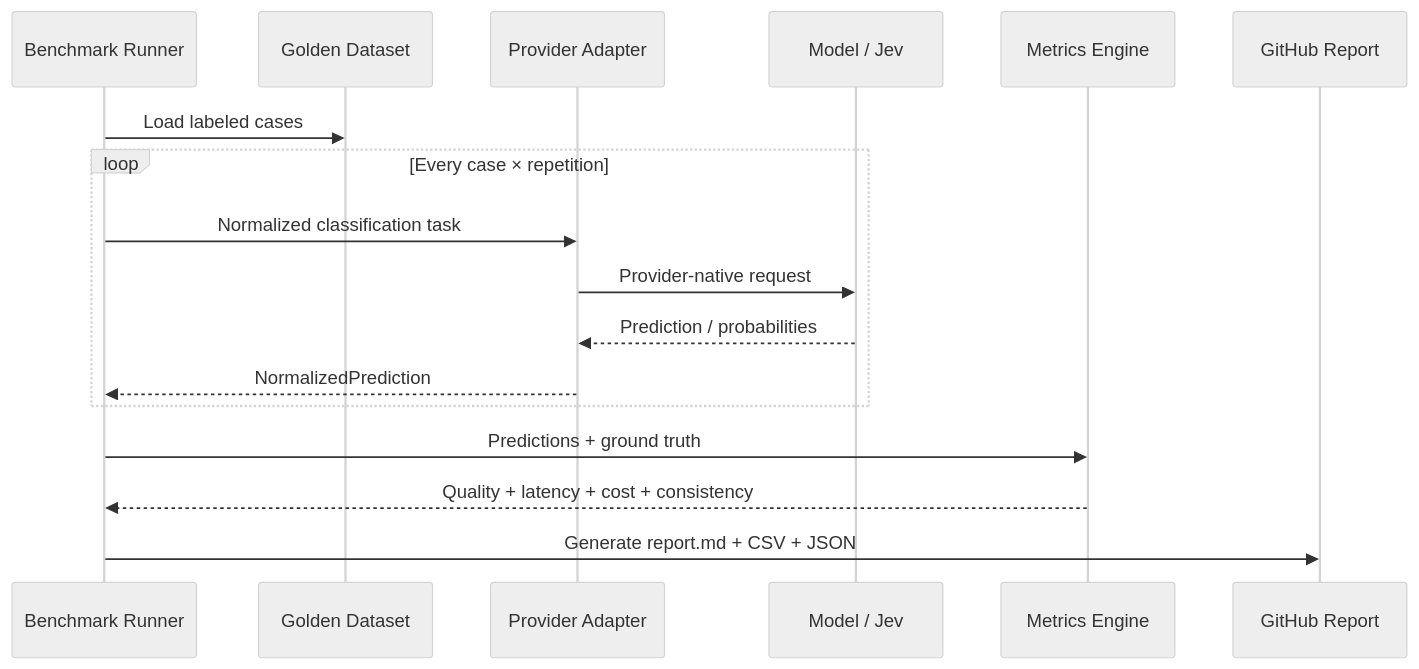
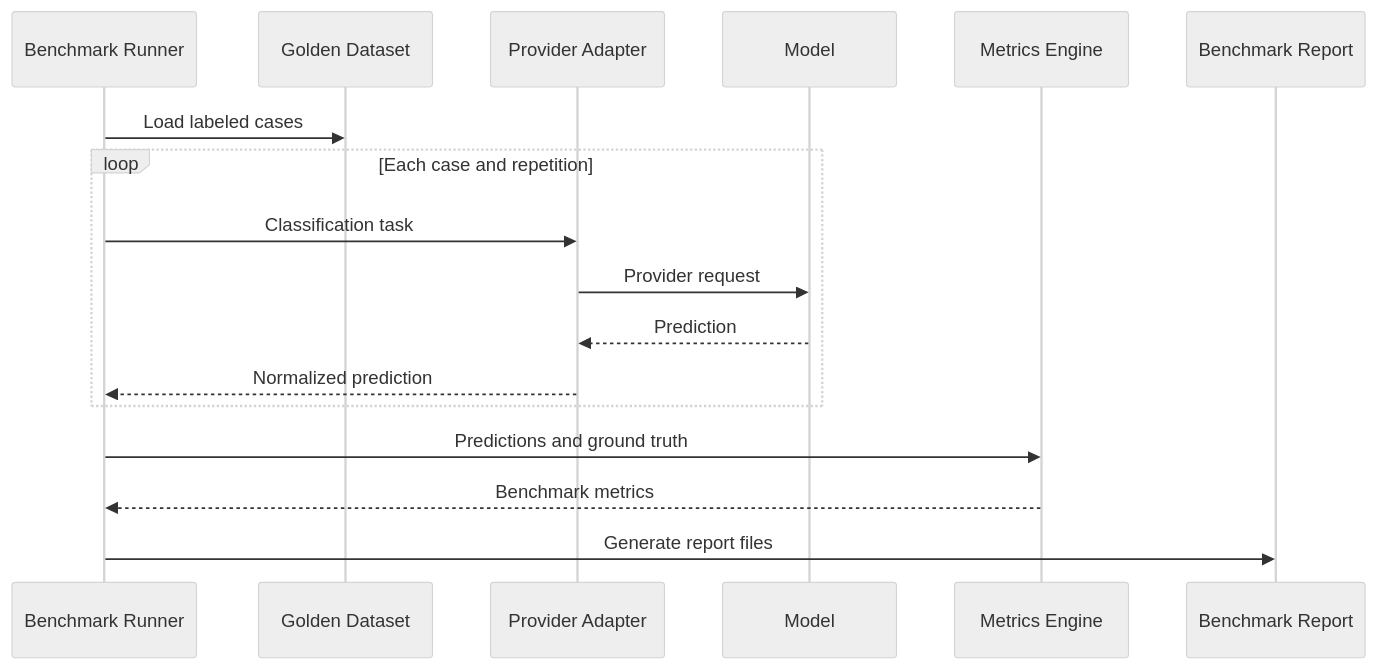
One commit to renanlalier/jev-benchmark changed the second of 2 diagrams in README.md. Above: the diagram before and after it, drawn with Mermaid (neutral theme). The commit also changed other lines of this file and 10 other files, not shown here.

````diff
--- a/README.md
+++ b/README.md
@@ -124,20 +119,20 @@
 ```mermaid
 sequenceDiagram
-    participant U as Benchmark Runner
-    participant D as Golden Dataset
-    participant P as Provider Adapter
-    participant M as Model / Jev
-    participant E as Metrics Engine
-    participant R as GitHub Report
+    participant Runner as Benchmark Runner
+    participant Dataset as Golden Dataset
+    participant Adapter as Provider Adapter
+    participant Model as Model
+    participant Metrics as Metrics Engine
+    participant Report as Benchmark Report
 
-    U->>D: Load labeled cases
-    loop Every case × repetition
-        U->>P: Normalized classification task
-        P->>M: Provider-native request
-        M-->>P: Prediction / probabilities
-        P-->>U: NormalizedPrediction
+    Runner->>Dataset: Load labeled cases
+    loop Each case and repetition
+        Runner->>Adapter: Classification task
+        Adapter->>Model: Provider request
+        Model-->>Adapter: Prediction
+        Adapter-->>Runner: Normalized prediction
     end
-    U->>E: Predictions + ground truth
-    E-->>U: Quality + latency + cost + consistency
-    U->>R: Generate report.md + CSV + JSON
+    Runner->>Metrics: Predictions and ground truth
+    Metrics-->>Runner: Benchmark metrics
+    Runner->>Report: Generate report files
 ```
````
